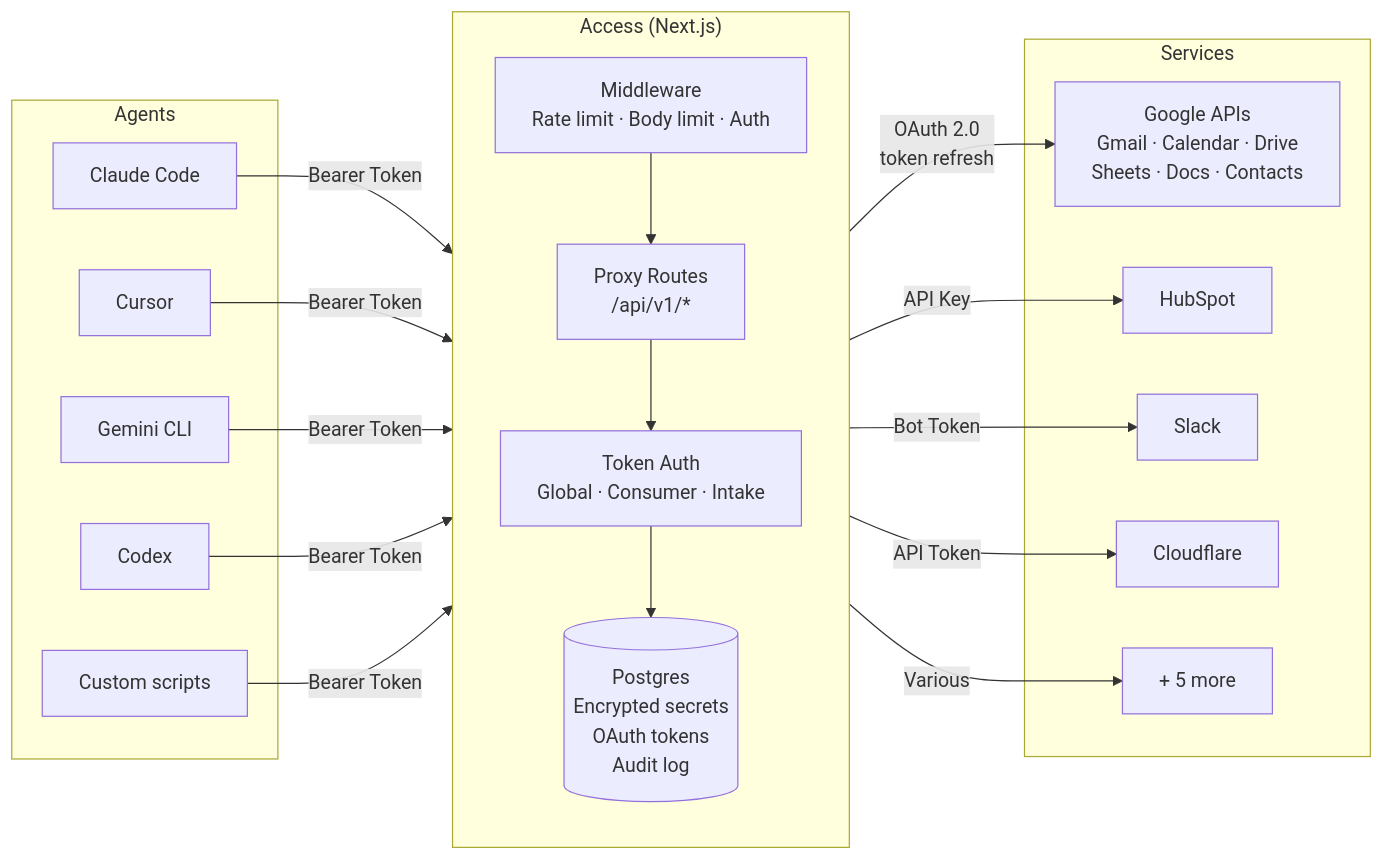
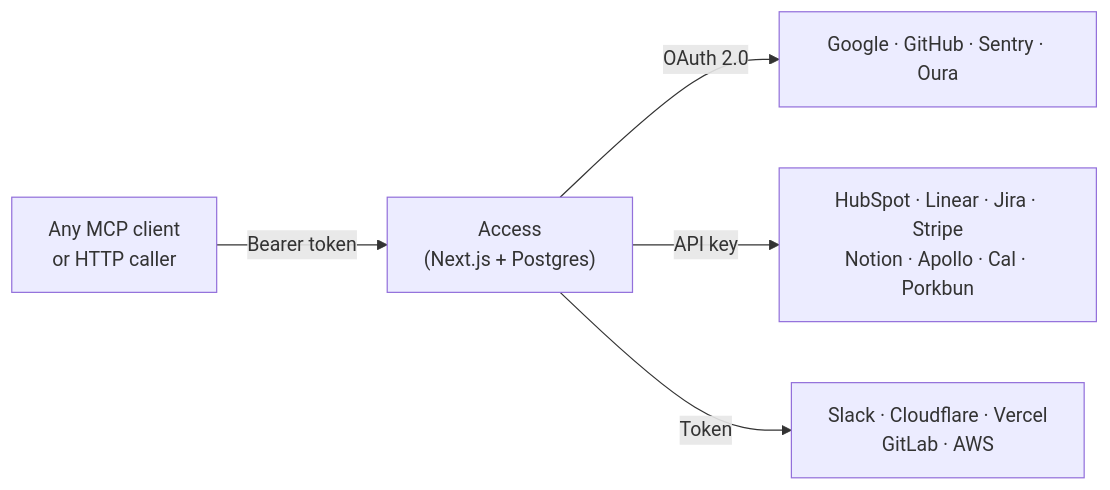
Before and after one commit to Scottpedia0/access: the diagram in README.md, drawn with Mermaid. The commit also changed other lines of this file and 17 other files, not shown here.

First line of the commit message:
Add 8 service adapters: GitHub, Linear, Jira, GitLab, Notion, AWS, Sentry, Stripe

````diff
--- a/README.md
+++ b/README.md
@@ -204,36 +212,7 @@
 ```mermaid
 flowchart LR
-    subgraph Agents
-        A1[Claude Code]
-        A2[Cursor]
-        A3[Gemini CLI]
-        A4[Codex]
-        A5[Custom scripts]
-    end
-
-    subgraph Access["Access (Next.js)"]
-        direction TB
-        MW[Middleware\nRate limit · Body limit · Auth]
-        PROXY[Proxy Routes\n/api/v1/*]
-        AUTH[Token Auth\nGlobal · Consumer · Intake]
-        STORE[(Postgres\nEncrypted secrets\nOAuth tokens\nAudit log)]
-        MW --> PROXY
-        PROXY --> AUTH
-        AUTH --> STORE
-    end
-
-    subgraph Services
-        G[Google APIs\nGmail · Calendar · Drive\nSheets · Docs · Contacts]
-        H[HubSpot]
-        S[Slack]
-        CF[Cloudflare]
-        MORE[+ 5 more]
-    end
-
-    A1 & A2 & A3 & A4 & A5 -->|Bearer Token| MW
-    PROXY -->|OAuth 2.0\ntoken refresh| G
-    PROXY -->|API Key| H
-    PROXY -->|Bot Token| S
-    PROXY -->|API Token| CF
-    PROXY -->|Various| MORE
+    A[Any MCP client\nor HTTP caller] -->|Bearer token| B["Access\n(Next.js + Postgres)"]
+    B -->|OAuth 2.0| C[Google · GitHub · Sentry · Oura]
+    B -->|API key| D[HubSpot · Linear · Jira · Stripe\nNotion · Apollo · Cal · Porkbun]
+    B -->|Token| E[Slack · Cloudflare · Vercel\nGitLab · AWS]
 ```
````
